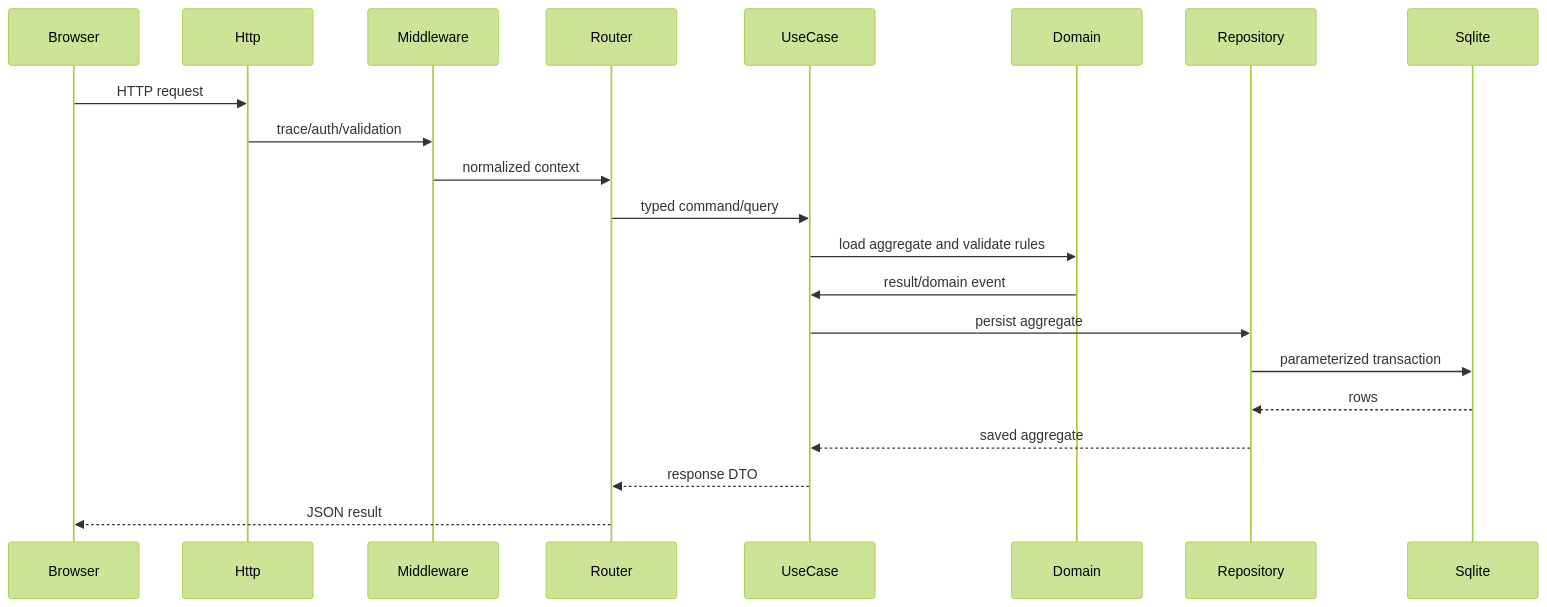
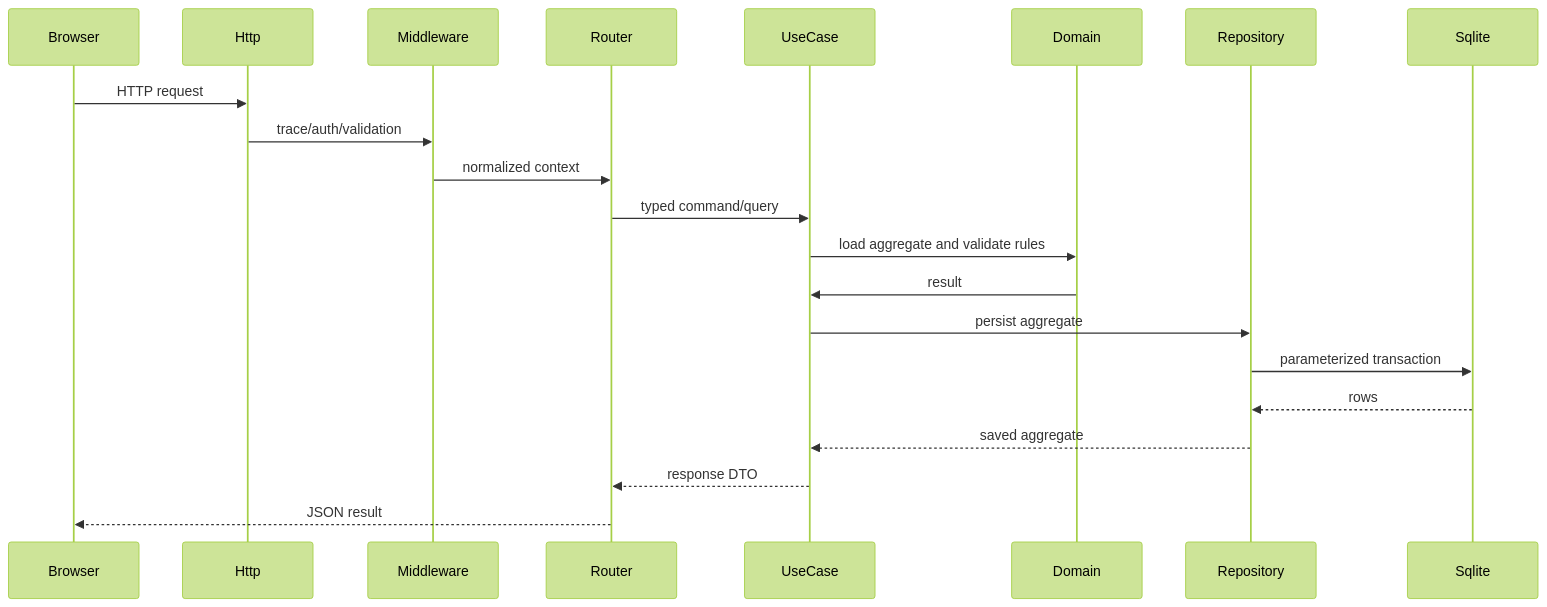
The third of 3 diagrams in docs/architecture/refactor-v2-architecture.md (1290464284-ship-it/rongyi), drawn with Mermaid (forest theme) before and after one commit. The commit also changed other lines of this file and 21 other files, not shown here.

````diff
--- a/docs/architecture/refactor-v2-architecture.md
+++ b/docs/architecture/refactor-v2-architecture.md
@@ -88,24 +85,24 @@
 ```mermaid
 sequenceDiagram
   participant Browser
   participant Http
   participant Middleware
   participant Router
   participant UseCase
   participant Domain
   participant Repository
   participant Sqlite
 
   Browser->>Http: HTTP request
   Http->>Middleware: trace/auth/validation
   Middleware->>Router: normalized context
   Router->>UseCase: typed command/query
   UseCase->>Domain: load aggregate and validate rules
-  Domain->>UseCase: result/domain event
+  Domain->>UseCase: result
   UseCase->>Repository: persist aggregate
   Repository->>Sqlite: parameterized transaction
   Sqlite-->>Repository: rows
   Repository-->>UseCase: saved aggregate
   UseCase-->>Router: response DTO
   Router-->>Browser: JSON result
 ```
````
